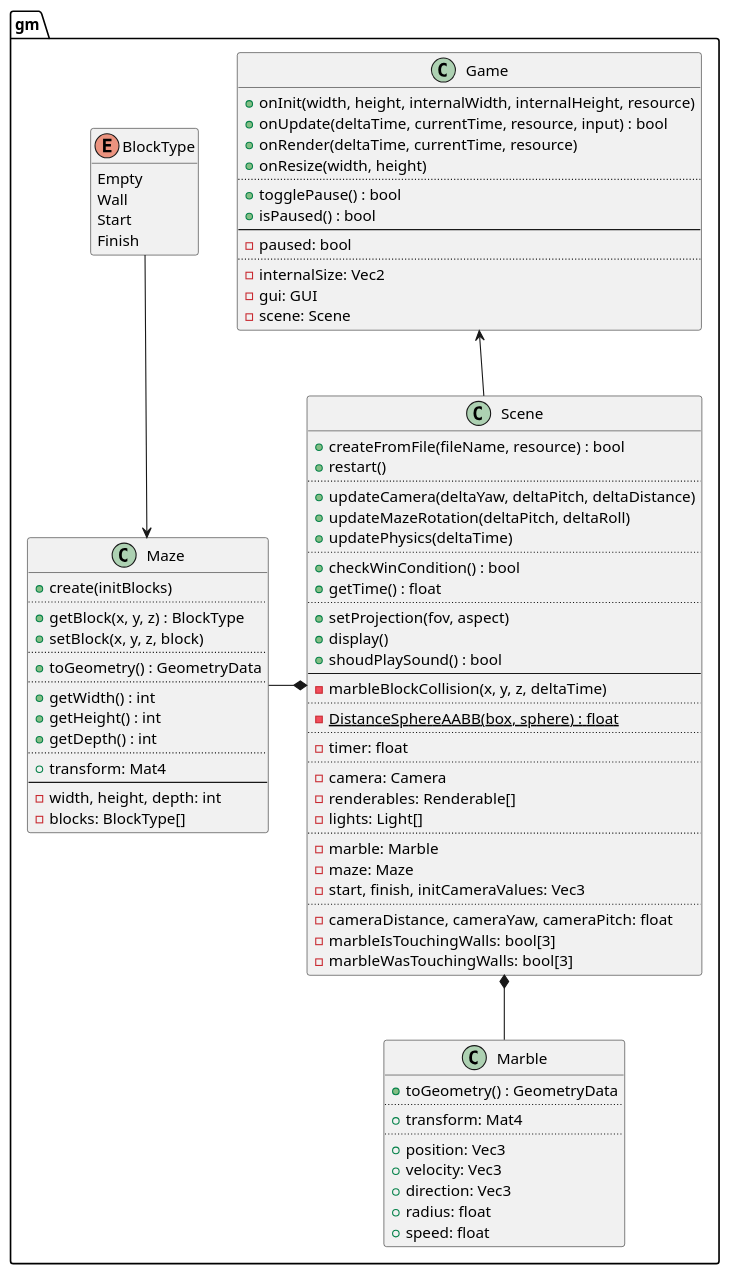
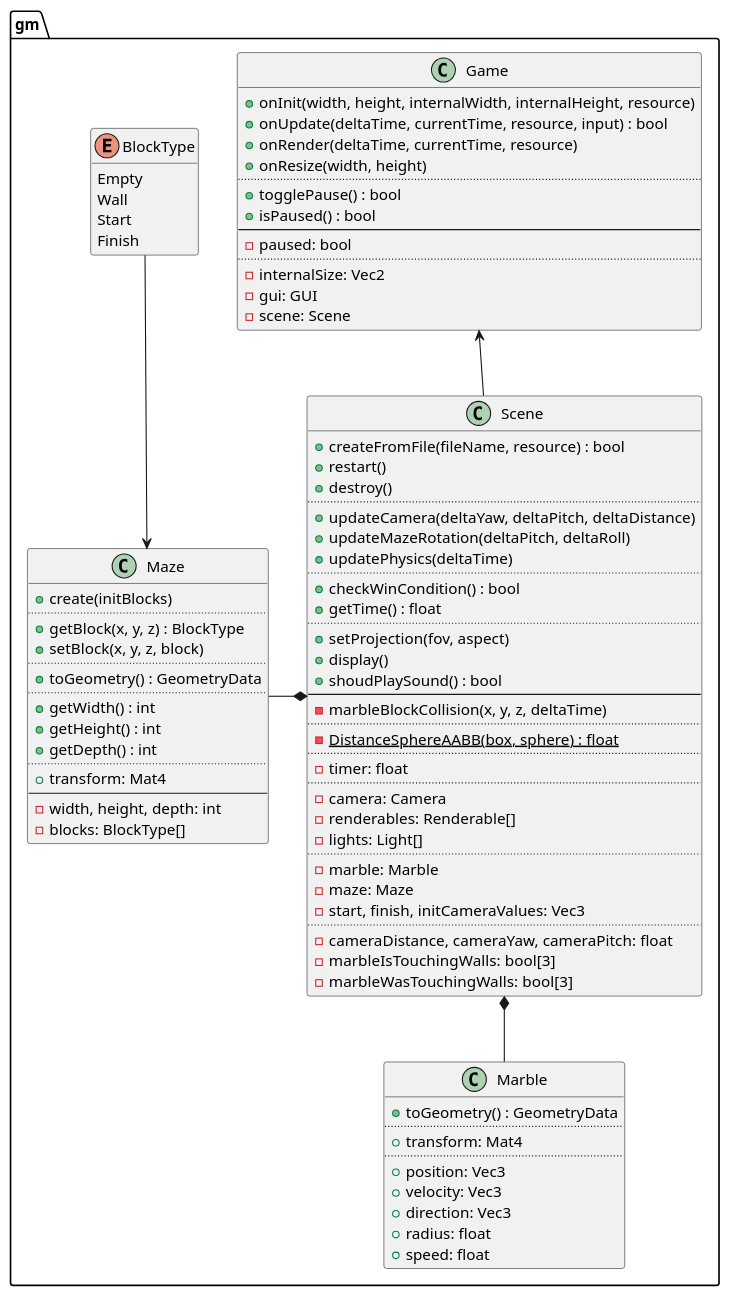
The diagram in design/uml/gm.puml (ba6er/marblemaze), drawn with PlantUML before and after one commit. The commit also changed 3 other files, not shown here.

```diff
--- a/design/uml/gm.puml
+++ b/design/uml/gm.puml
@@ -1,99 +1,100 @@
 @startuml
 set separator ::
 
 class gm::Game {
 	+onInit(width, height, internalWidth, internalHeight, resource)
 	+onUpdate(deltaTime, currentTime, resource, input) : bool
 	+onRender(deltaTime, currentTime, resource)
 	+onResize(width, height)
 	..
 	+togglePause() : bool
 	+isPaused() : bool
 	--
 	-paused: bool
 	..
 	-internalSize: Vec2
 	-gui: GUI
 	-scene: Scene
 }
 
 class gm::Scene {
 	+createFromFile(fileName, resource) : bool
 	+restart()
+	+destroy()
 	..
 	+updateCamera(deltaYaw, deltaPitch, deltaDistance)
 	+updateMazeRotation(deltaPitch, deltaRoll)
 	+updatePhysics(deltaTime)
 	..
 	+checkWinCondition() : bool
 	+getTime() : float
 	..
 	+setProjection(fov, aspect)
 	+display()
 	+shoudPlaySound() : bool
 	--
 	-marbleBlockCollision(x, y, z, deltaTime)
 	..
 	{static} -DistanceSphereAABB(box, sphere) : float
 	..
 	-timer: float
 	..
 	-camera: Camera
 	-renderables: Renderable[]
 	-lights: Light[]
 	..
 	-marble: Marble
 	-maze: Maze
 	-start, finish, initCameraValues: Vec3
 	..
 	-cameraDistance, cameraYaw, cameraPitch: float
 	-marbleIsTouchingWalls: bool[3]
 	-marbleWasTouchingWalls: bool[3]
 }
 
 enum gm::BlockType {
 	Empty
 	Wall
 	Start
 	Finish
 }
 hide BlockType methods
 
 class gm::Maze {
 	+create(initBlocks)
 	..
 	+getBlock(x, y, z) : BlockType
 	+setBlock(x, y, z, block)
 	..
 	+toGeometry() : GeometryData
 	..
 	+getWidth() : int
 	+getHeight() : int
 	+getDepth() : int
 	..
 	+transform: Mat4
 	--
 	-width, height, depth: int
 	-blocks: BlockType[]
 }
 
 class gm::Marble {
 	+toGeometry() : GeometryData
 	..
 	+transform: Mat4
 	..
 	+position: Vec3
 	+velocity: Vec3
 	+direction: Vec3
 	+radius: float
 	+speed: float
 }
 
 Maze <-up- BlockType
 
 Scene *-left- Maze
 Scene *-down- Marble
 
 Game <-- Scene
 
 @enduml
```
